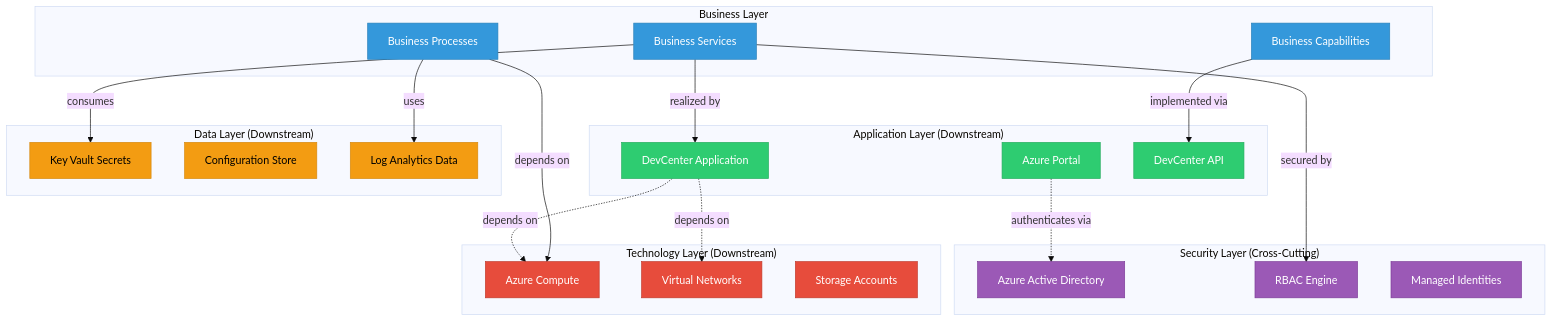
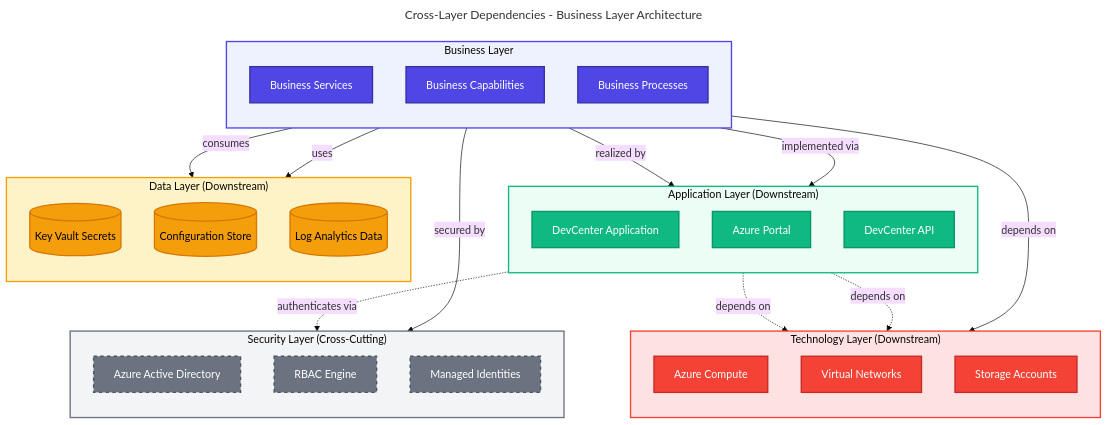
One commit to Evilazaro/DevExp-DevBox changed the sixth of 7 diagrams in docs/architecture/Business_architecture_document.md. Above: the diagram before and after it, drawn with Mermaid (base theme). The commit also changed other lines of this file, not shown here.

Commit message:
Refactor Business Architecture diagrams for improved clarity and consistency

````diff
--- a/docs/architecture/Business_architecture_document.md
+++ b/docs/architecture/Business_architecture_document.md
@@ -1480,55 +1556,79 @@
 ```mermaid
-graph TB
-    subgraph "Business Layer"
-        BUS_SVC[Business Services]
-        BUS_CAP[Business Capabilities]
-        BUS_PROC[Business Processes]
+---
+title: Cross-Layer Dependencies - Business Layer Architecture
+---
+flowchart TB
+    %% ===== BUSINESS LAYER =====
+    subgraph businessLayer["Business Layer"]
+        direction TB
+        busSvc["Business Services"]
+        busCap["Business Capabilities"]
+        busProc["Business Processes"]
     end
 
-    subgraph "Application Layer (Downstream)"
-        APP_DEVCENTER[DevCenter Application]
-        APP_PORTAL[Azure Portal]
-        APP_API[DevCenter API]
+    %% ===== APPLICATION LAYER =====
+    subgraph applicationLayer["Application Layer (Downstream)"]
+        direction TB
+        appDevCenter["DevCenter Application"]
+        appPortal["Azure Portal"]
+        appAPI["DevCenter API"]
     end
 
-    subgraph "Data Layer (Downstream)"
-        DATA_KEYVAULT[Key Vault Secrets]
-        DATA_CONFIG[Configuration Store]
-        DATA_LOGS[Log Analytics Data]
+    %% ===== DATA LAYER =====
+    subgraph dataLayer["Data Layer (Downstream)"]
+        direction TB
+        dataKeyVault[("Key Vault Secrets")]
+        dataConfig[("Configuration Store")]
+        dataLogs[("Log Analytics Data")]
     end
 
-    subgraph "Technology Layer (Downstream)"
-        TECH_COMPUTE[Azure Compute]
-        TECH_NETWORK[Virtual Networks]
-        TECH_STORAGE[Storage Accounts]
+    %% ===== TECHNOLOGY LAYER =====
+    subgraph technologyLayer["Technology Layer (Downstream)"]
+        direction TB
+        techCompute["Azure Compute"]
+        techNetwork["Virtual Networks"]
+        techStorage["Storage Accounts"]
     end
 
-    subgraph "Security Layer (Cross-Cutting)"
-        SEC_AAD[Azure Active Directory]
-        SEC_RBAC[RBAC Engine]
-        SEC_IDENTITY[Managed Identities]
+    %% ===== SECURITY LAYER =====
+    subgraph securityLayer["Security Layer (Cross-Cutting)"]
+        direction TB
+        secAAD["Azure Active Directory"]
+        secRBAC["RBAC Engine"]
+        secIdentity["Managed Identities"]
     end
 
-    BUS_SVC -->|realized by| APP_DEVCENTER
-    BUS_SVC -->|consumes| DATA_KEYVAULT
-    BUS_SVC -->|secured by| SEC_RBAC
-    BUS_CAP -->|implemented via| APP_API
-    BUS_PROC -->|depends on| TECH_COMPUTE
-    BUS_PROC -->|uses| DATA_LOGS
+    %% ===== PRIMARY RELATIONSHIPS =====
+    busSvc -->|realized by| appDevCenter
+    busSvc -->|consumes| dataKeyVault
+    busSvc -->|secured by| secRBAC
+    busCap -->|implemented via| appAPI
+    busProc -->|depends on| techCompute
+    busProc -->|uses| dataLogs
 
-    APP_DEVCENTER -.depends on.-> TECH_COMPUTE
-    APP_DEVCENTER -.depends on.-> TECH_NETWORK
-    APP_PORTAL -.authenticates via.-> SEC_AAD
+    %% ===== DEPENDENCIES =====
+    appDevCenter -.->|depends on| techCompute
+    appDevCenter -.->|depends on| techNetwork
+    appPortal -.->|authenticates via| secAAD
 
-    classDef business fill:#3498DB,stroke:#2980B9,color:#FFF
-    classDef application fill:#2ECC71,stroke:#27AE60,color:#FFF
-    classDef data fill:#F39C12,stroke:#D68910,color:#000
-    classDef technology fill:#E74C3C,stroke:#C0392B,color:#FFF
-    classDef security fill:#9B59B6,stroke:#7D3C98,color:#FFF
+    %% ===== STYLING: NODE CLASSES =====
+    classDef primary fill:#4F46E5,stroke:#3730A3,color:#FFFFFF,stroke-width:2px
+    classDef secondary fill:#10B981,stroke:#059669,color:#FFFFFF,stroke-width:2px
+    classDef datastore fill:#F59E0B,stroke:#D97706,color:#000000,stroke-width:2px
+    classDef failed fill:#F44336,stroke:#C62828,color:#FFFFFF,stroke-width:2px
+    classDef external fill:#6B7280,stroke:#4B5563,color:#FFFFFF,stroke-width:2px,stroke-dasharray:5 5
 
-    class BUS_SVC,BUS_CAP,BUS_PROC business
-    class APP_DEVCENTER,APP_PORTAL,APP_API application
-    class DATA_KEYVAULT,DATA_CONFIG,DATA_LOGS data
-    class TECH_COMPUTE,TECH_NETWORK,TECH_STORAGE technology
-    class SEC_AAD,SEC_RBAC,SEC_IDENTITY security
+    %% ===== APPLY NODE CLASSES =====
+    class busSvc,busCap,busProc primary
+    class appDevCenter,appPortal,appAPI secondary
+    class dataKeyVault,dataConfig,dataLogs datastore
+    class techCompute,techNetwork,techStorage failed
+    class secAAD,secRBAC,secIdentity external
+
+    %% ===== STYLING: SUBGRAPHS =====
+    style businessLayer fill:#EEF2FF,stroke:#4F46E5,stroke-width:2px
+    style applicationLayer fill:#ECFDF5,stroke:#10B981,stroke-width:2px
+    style dataLayer fill:#FEF3C7,stroke:#F59E0B,stroke-width:2px
+    style technologyLayer fill:#FEE2E2,stroke:#F44336,stroke-width:2px
+    style securityLayer fill:#F3F4F6,stroke:#6B7280,stroke-width:2px
 ```
````
